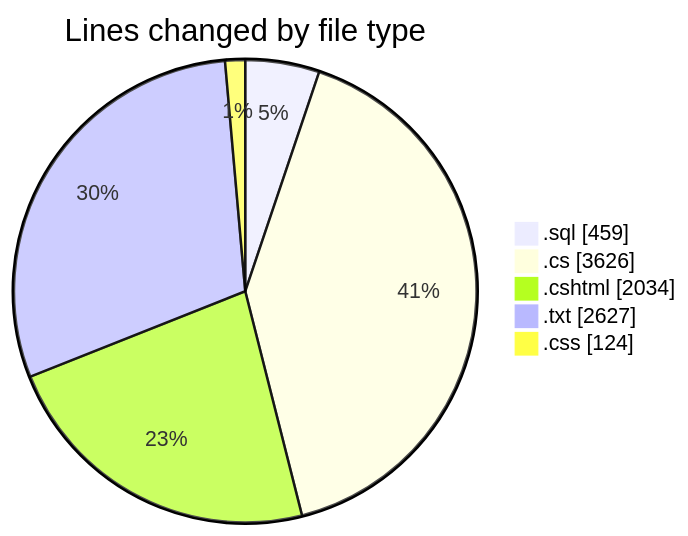
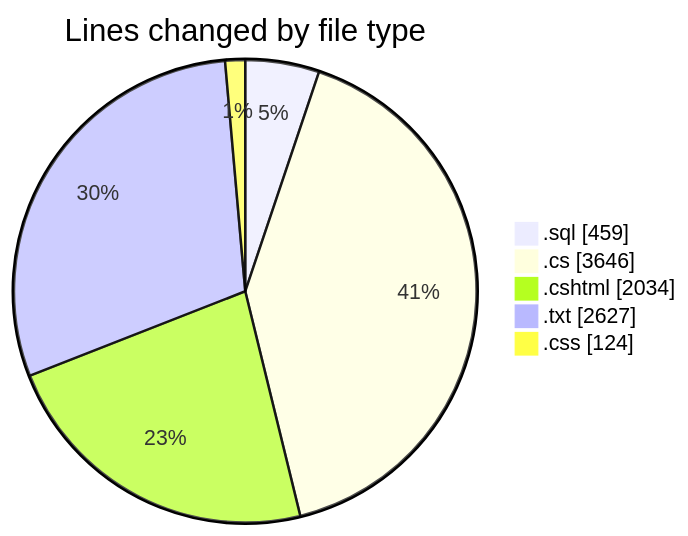
The first of 2 diagrams in 2025-07-23/quanlyrapchieuphim/README.md (lephambinh05/code-tracking), drawn with Mermaid before and after one commit. The commit also changed other lines of this file and 1 other file, not shown here.

````diff
--- a/2025-07-23/quanlyrapchieuphim/README.md
+++ b/2025-07-23/quanlyrapchieuphim/README.md
@@ -34,9 +34,9 @@
 ```mermaid
 pie showData
 title Lines changed by file type
 ".sql" : 459
-".cs" : 3626
+".cs" : 3646
 ".cshtml" : 2034
 ".txt" : 2627
 ".css" : 124
 ```
````
